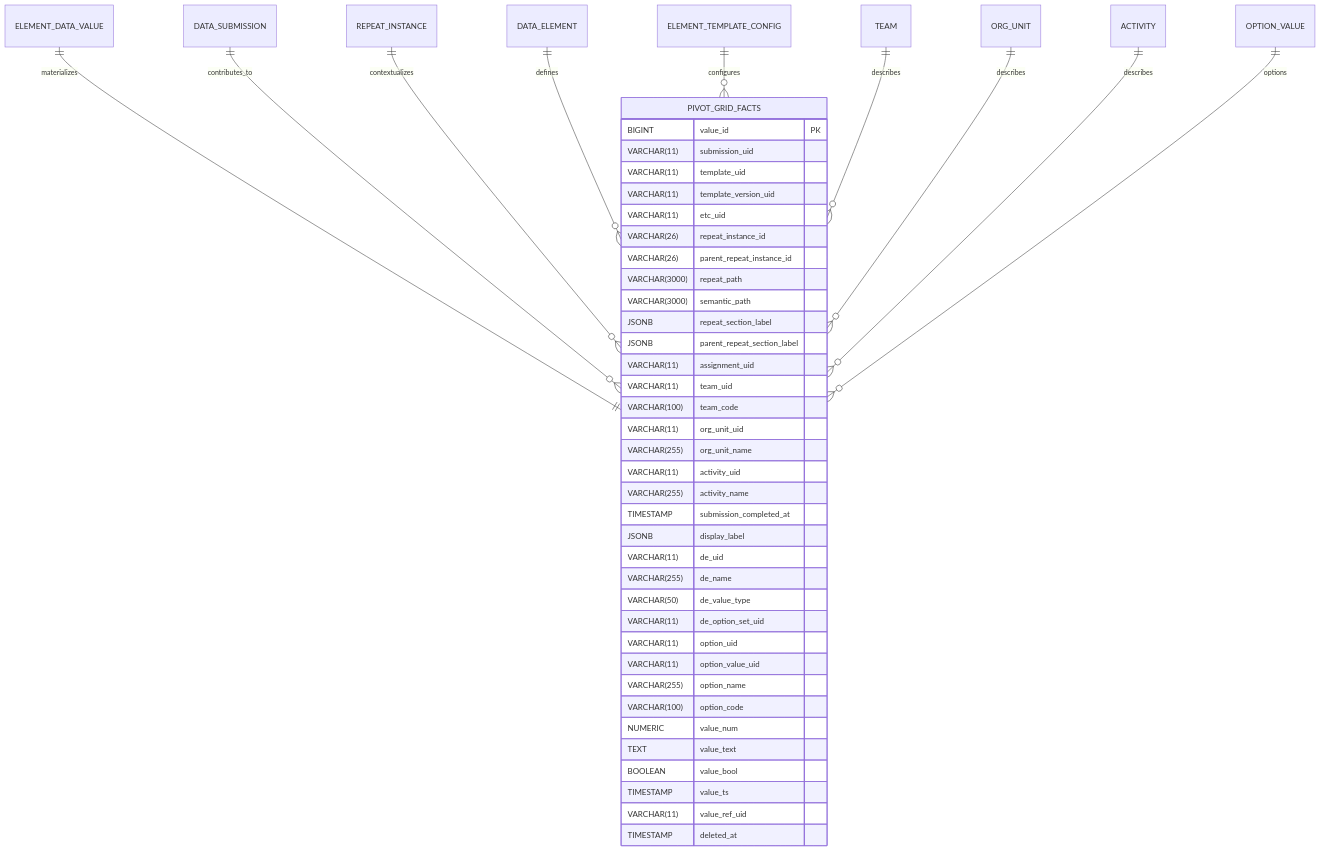
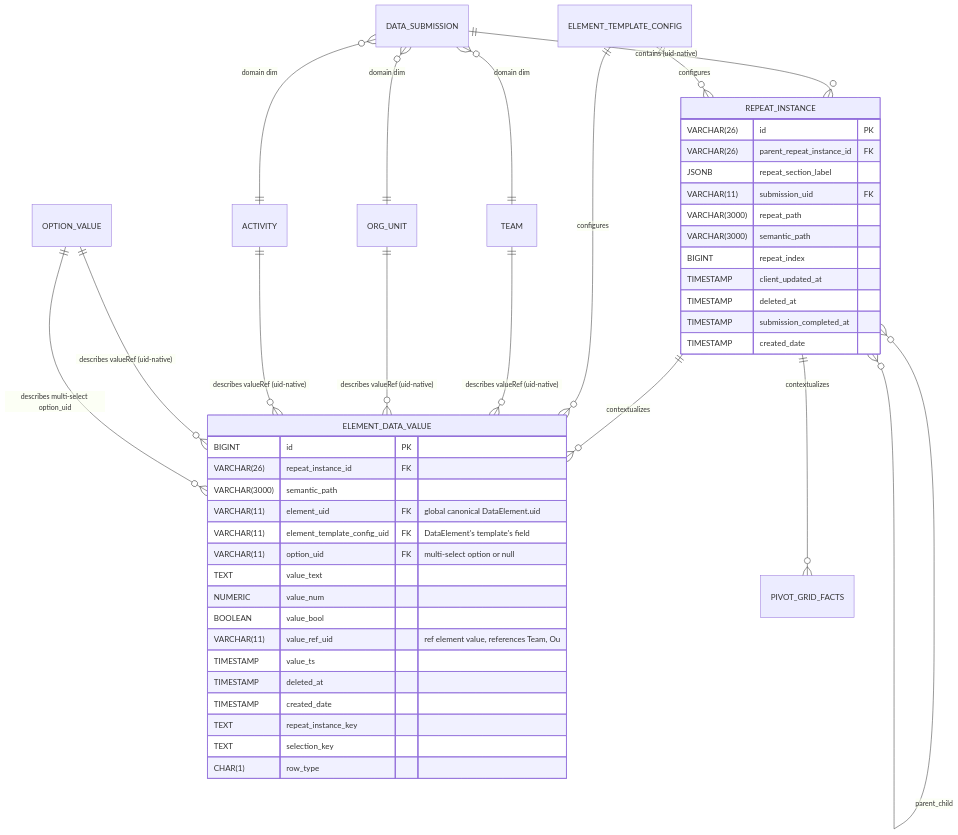
One commit to DataRun-ye/data-run-api changed the fifth of 5 diagrams in notes/datarun-analytics-grid/001-system-docs-for-dev.md. Above: the diagram before and after it, drawn with Mermaid. The commit also changed other lines of this file and 125 other files, not shown here.

````diff
--- a/notes/datarun-analytics-grid/001-system-docs-for-dev.md
+++ b/notes/datarun-analytics-grid/001-system-docs-for-dev.md
@@ -515,49 +466,51 @@
 ```mermaid
 erDiagram
-    PIVOT_GRID_FACTS {
-        BIGINT value_id PK
-        VARCHAR(11) submission_uid
-        VARCHAR(11) template_uid
-        VARCHAR(11) template_version_uid
-        VARCHAR(11) etc_uid
-        VARCHAR(26) repeat_instance_id
-        VARCHAR(26) parent_repeat_instance_id
+REPEAT_INSTANCE {
+        VARCHAR(26) id PK
+        VARCHAR(26) parent_repeat_instance_id FK
+        JSONB repeat_section_label
+        VARCHAR(11) submission_uid FK
         VARCHAR(3000) repeat_path
         VARCHAR(3000) semantic_path
-        JSONB repeat_section_label
-        JSONB parent_repeat_section_label
-        VARCHAR(11) assignment_uid
-        VARCHAR(11) team_uid
-        VARCHAR(100) team_code
-        VARCHAR(11) org_unit_uid
-        VARCHAR(255) org_unit_name
-        VARCHAR(11) activity_uid
-        VARCHAR(255) activity_name
+        BIGINT repeat_index
+        TIMESTAMP client_updated_at
+        TIMESTAMP deleted_at
         TIMESTAMP submission_completed_at
-        JSONB display_label
-        VARCHAR(11) de_uid
-        VARCHAR(255) de_name
-        VARCHAR(50) de_value_type
-        VARCHAR(11) de_option_set_uid
-        VARCHAR(11) option_uid
-        VARCHAR(11) option_value_uid
-        VARCHAR(255) option_name
-        VARCHAR(100) option_code
-        NUMERIC value_num
-        TEXT value_text
-        BOOLEAN value_bool
-        TIMESTAMP value_ts
-        VARCHAR(11) value_ref_uid
-        TIMESTAMP deleted_at
+        TIMESTAMP created_date
     }
 
-    ELEMENT_DATA_VALUE ||--|| PIVOT_GRID_FACTS: materializes
-    DATA_SUBMISSION ||--o{ PIVOT_GRID_FACTS: contributes_to
+    ELEMENT_DATA_VALUE {
+        BIGINT id PK
+        VARCHAR(26) repeat_instance_id FK
+        VARCHAR(3000) semantic_path
+        VARCHAR(11) element_uid FK "global canonical DataElement.uid"
+        VARCHAR(11) element_template_config_uid FK "DataElement's template's field"
+        VARCHAR(11) option_uid FK "multi-select option or null"
+        TEXT value_text
+        NUMERIC value_num
+        BOOLEAN value_bool
+        VARCHAR(11) value_ref_uid "ref element value, references Team, Ou"
+        TIMESTAMP value_ts
+        TIMESTAMP deleted_at
+        TIMESTAMP created_date
+        TEXT repeat_instance_key
+        TEXT selection_key
+        CHAR(1) row_type
+    }
+
+    DATA_SUBMISSION }o--|| ORG_UNIT: "domain dim"
+    DATA_SUBMISSION }o--|| TEAM: "domain dim"
+    DATA_SUBMISSION }o--|| ACTIVITY: "domain dim"
+    DATA_SUBMISSION ||--o{ REPEAT_INSTANCE: "contains (uid-native)"
+    REPEAT_INSTANCE }o--o{ REPEAT_INSTANCE: parent_child
     REPEAT_INSTANCE ||--o{ PIVOT_GRID_FACTS: contextualizes
-    DATA_ELEMENT ||--o{ PIVOT_GRID_FACTS: defines
-    ELEMENT_TEMPLATE_CONFIG ||--o{ PIVOT_GRID_FACTS: configures
-    TEAM ||--o{ PIVOT_GRID_FACTS: describes
-    ORG_UNIT ||--o{ PIVOT_GRID_FACTS: describes
-    ACTIVITY ||--o{ PIVOT_GRID_FACTS: describes
-    OPTION_VALUE ||--o{ PIVOT_GRID_FACTS: options
+    REPEAT_INSTANCE ||--o{ ELEMENT_DATA_VALUE: contextualizes
+    ELEMENT_TEMPLATE_CONFIG ||--o{ ELEMENT_DATA_VALUE: configures
+    ELEMENT_TEMPLATE_CONFIG ||--o{ REPEAT_INSTANCE: configures
+    TEAM ||--o{ ELEMENT_DATA_VALUE: "describes valueRef (uid-native)"
+    ORG_UNIT ||--o{ ELEMENT_DATA_VALUE: "describes valueRef (uid-native)"
+    ACTIVITY ||--o{ ELEMENT_DATA_VALUE: "describes valueRef (uid-native)"
+    OPTION_VALUE ||--o{ ELEMENT_DATA_VALUE: "describes valueRef (uid-native)"
+    OPTION_VALUE ||--o{ ELEMENT_DATA_VALUE: "describes multi-select option_uid"
+    
 ```
````
